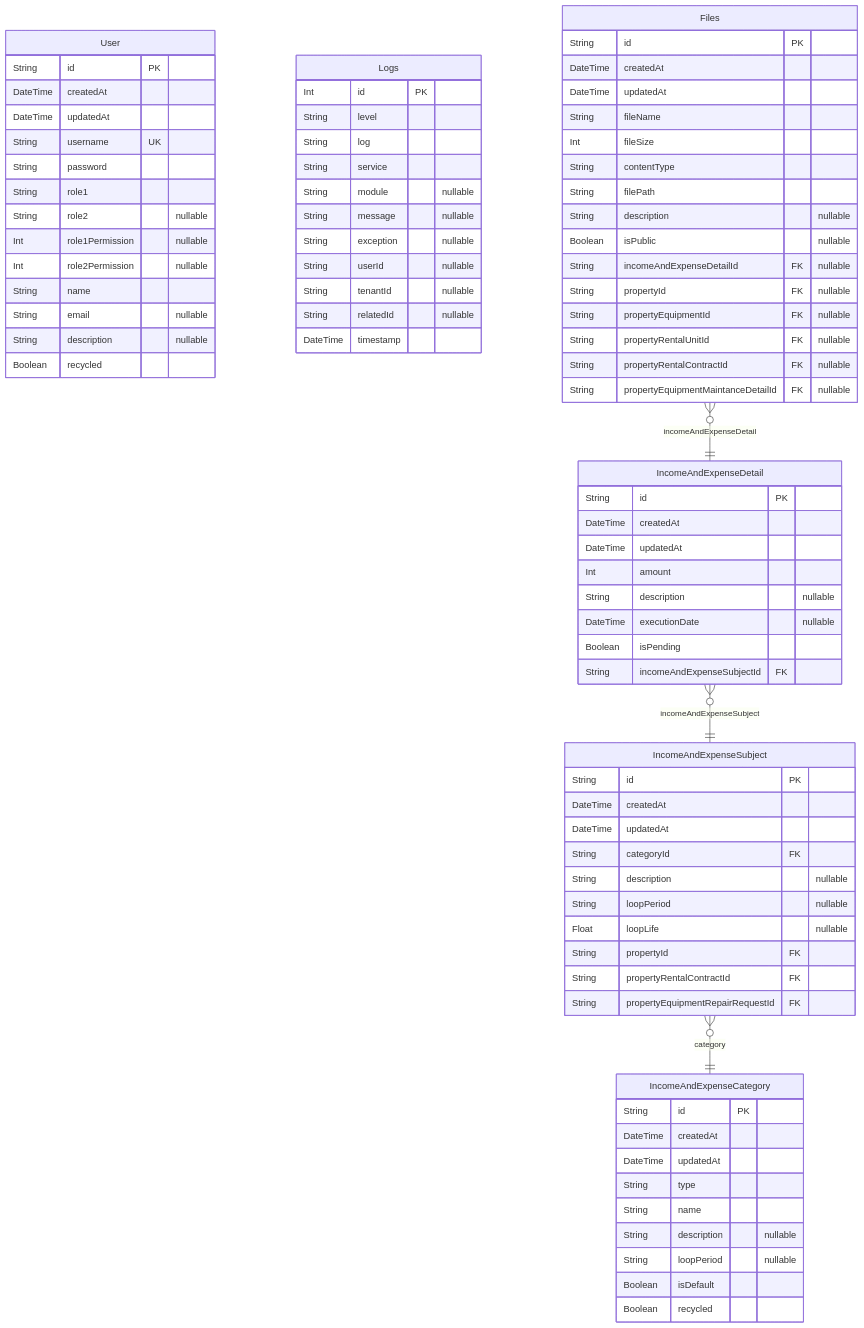
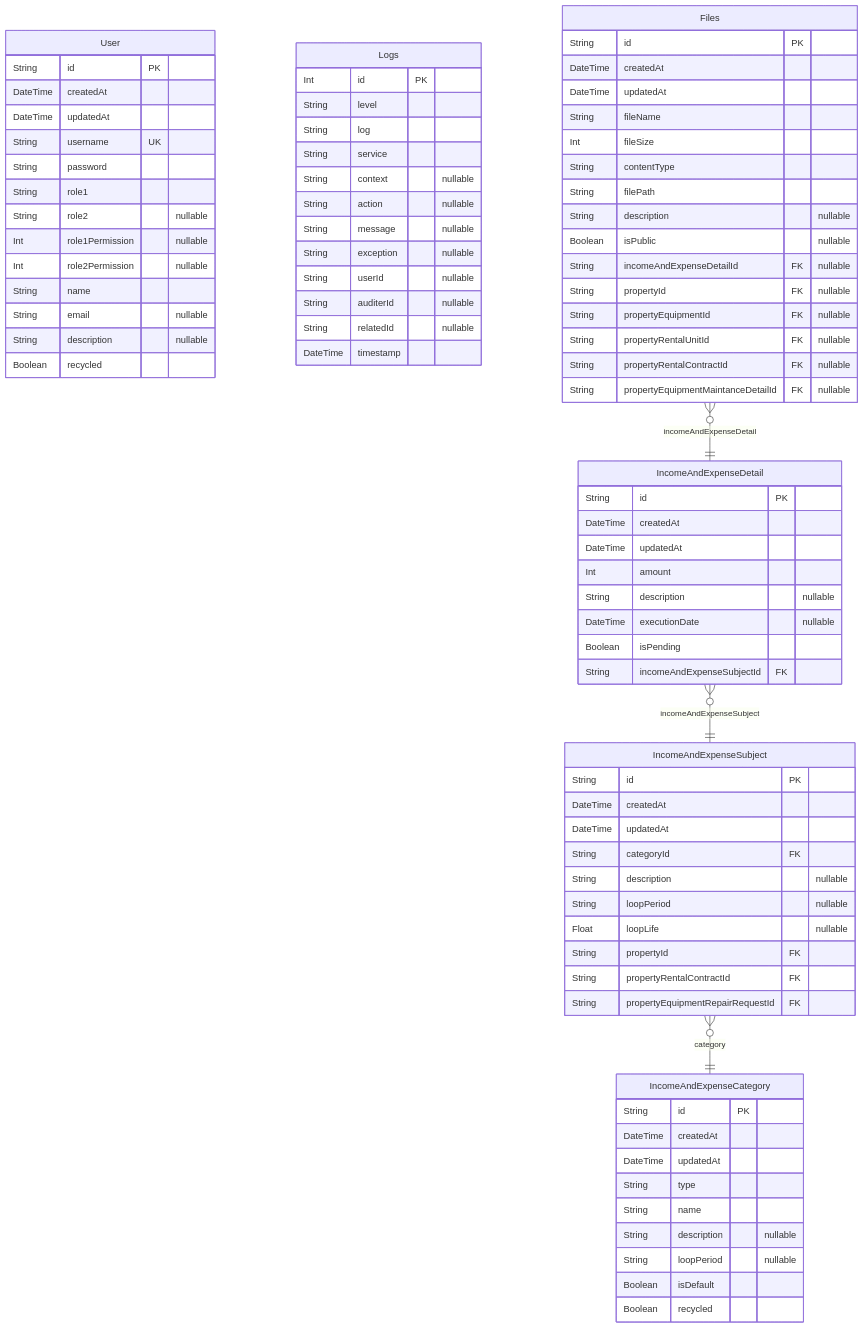
The first of 4 diagrams in generated/packages/ERD.md (Val0429/taiwan-life-insurance), drawn with Mermaid before and after one commit. The commit also changed other lines of this file and 10 other files, not shown here.

```diff
--- a/generated/packages/ERD.md
+++ b/generated/packages/ERD.md
@@ -29,11 +29,12 @@
     String level
     String log
     String service
-    String module "nullable"
+    String context "nullable"
+    String action "nullable"
     String message "nullable"
     String exception "nullable"
     String userId "nullable"
-    String tenantId "nullable"
+    String auditerId "nullable"
     String relatedId "nullable"
     DateTime timestamp
 }
```
